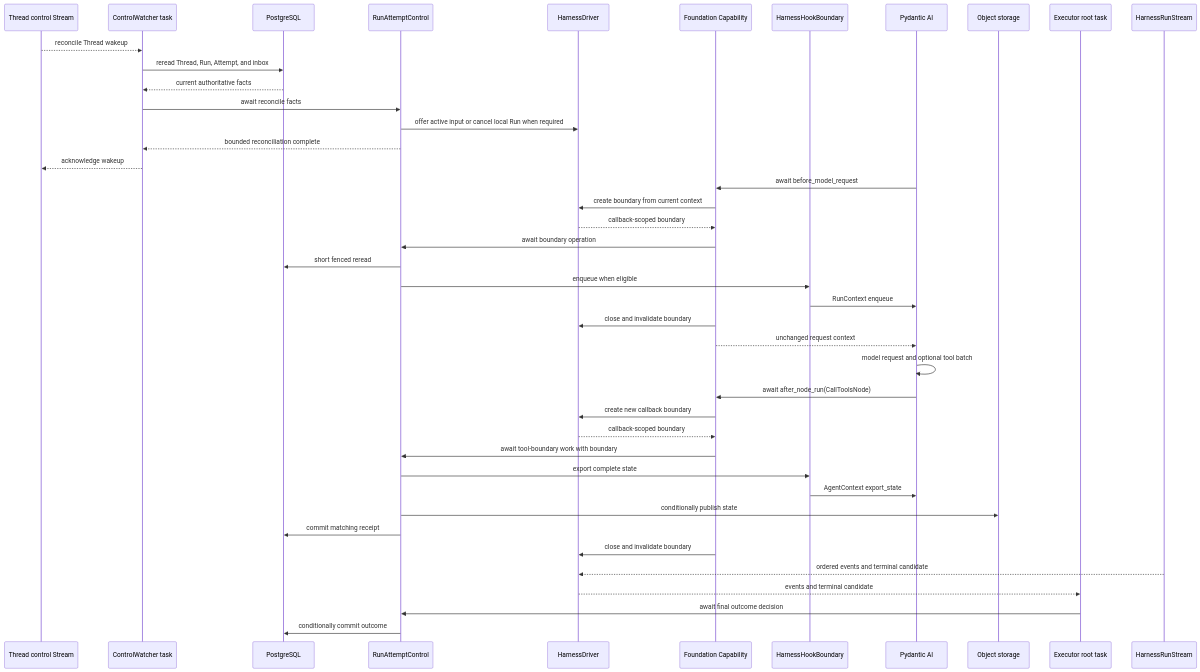
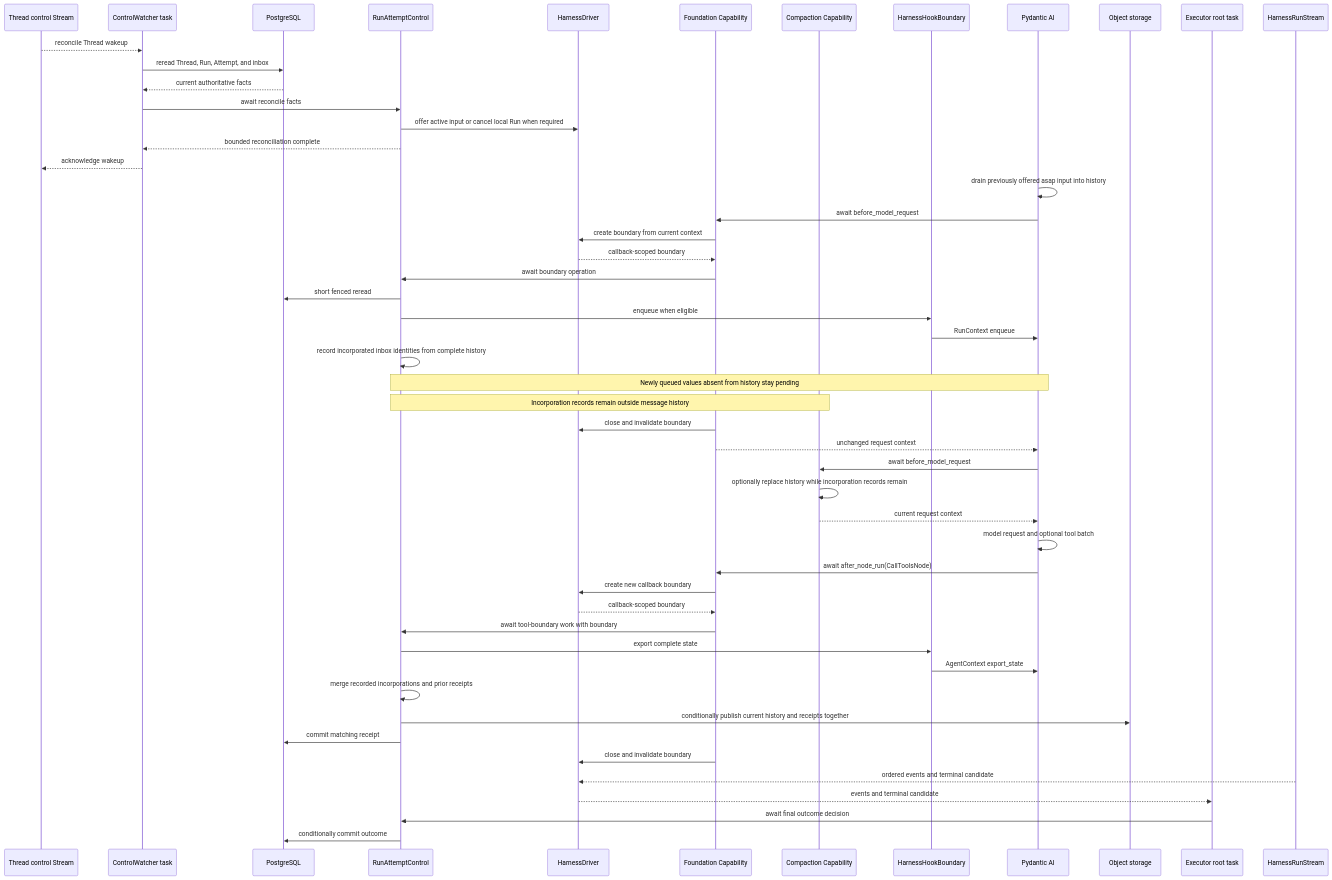
The third of 3 diagrams in spec/foundation-service/14-harness-runtime-integration.md (LTThreeComma/agent-foundation), drawn with Mermaid before and after one commit. The commit also changed other lines of this file and 2 other files, not shown here.

First line of the commit message:
docs(foundation): preserve inbox evidence through compaction (#212)

````diff
--- a/spec/foundation-service/14-harness-runtime-integration.md
+++ b/spec/foundation-service/14-harness-runtime-integration.md
@@ -417,46 +417,55 @@
 ```mermaid
 sequenceDiagram
     participant RedisControl as Thread control Stream
     participant Watcher as ControlWatcher task
     participant Postgres as PostgreSQL
     participant RunControl as RunAttemptControl
     participant Driver as HarnessDriver
     participant Capability as Foundation Capability
+    participant Compact as Compaction Capability
     participant Boundary as HarnessHookBoundary
     participant PAI as Pydantic AI
     participant Objects as Object storage
     participant Executor as Executor root task
     participant Harness as HarnessRunStream
 
     RedisControl-->>Watcher: reconcile Thread wakeup
     Watcher->>Postgres: reread Thread, Run, Attempt, and inbox
     Postgres-->>Watcher: current authoritative facts
     Watcher->>RunControl: await reconcile facts
     RunControl->>Driver: offer active input or cancel local Run when required
     RunControl-->>Watcher: bounded reconciliation complete
     Watcher-->>RedisControl: acknowledge wakeup
 
+    PAI->>PAI: drain previously offered asap input into history
     PAI->>Capability: await before_model_request
     Capability->>Driver: create boundary from current context
     Driver-->>Capability: callback-scoped boundary
     Capability->>RunControl: await boundary operation
     RunControl->>Postgres: short fenced reread
     RunControl->>Boundary: enqueue when eligible
     Boundary->>PAI: RunContext enqueue
+    RunControl->>RunControl: record incorporated inbox identities from complete history
+    Note over RunControl,PAI: Newly queued values absent from history stay pending
+    Note over RunControl,Compact: Incorporation records remain outside message history
     Capability->>Driver: close and invalidate boundary
     Capability-->>PAI: unchanged request context
+    PAI->>Compact: await before_model_request
+    Compact->>Compact: optionally replace history while incorporation records remain
+    Compact-->>PAI: current request context
     PAI->>PAI: model request and optional tool batch
     PAI->>Capability: await after_node_run(CallToolsNode)
     Capability->>Driver: create new callback boundary
     Driver-->>Capability: callback-scoped boundary
     Capability->>RunControl: await tool-boundary work with boundary
     RunControl->>Boundary: export complete state
     Boundary->>PAI: AgentContext export_state
-    RunControl->>Objects: conditionally publish state
+    RunControl->>RunControl: merge recorded incorporations and prior receipts
+    RunControl->>Objects: conditionally publish current history and receipts together
     RunControl->>Postgres: commit matching receipt
     Capability->>Driver: close and invalidate boundary
     Harness-->>Driver: ordered events and terminal candidate
     Driver-->>Executor: events and terminal candidate
     Executor->>RunControl: await final outcome decision
     RunControl->>Postgres: conditionally commit outcome
 ```
````
